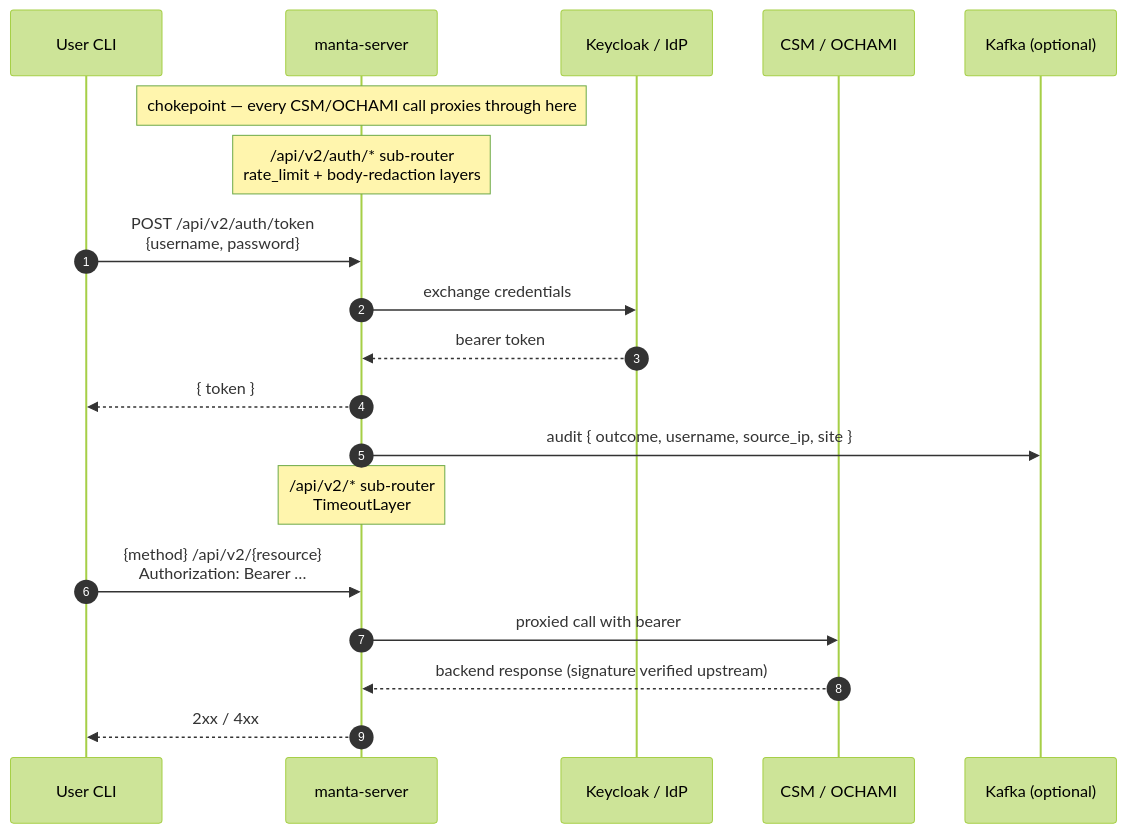
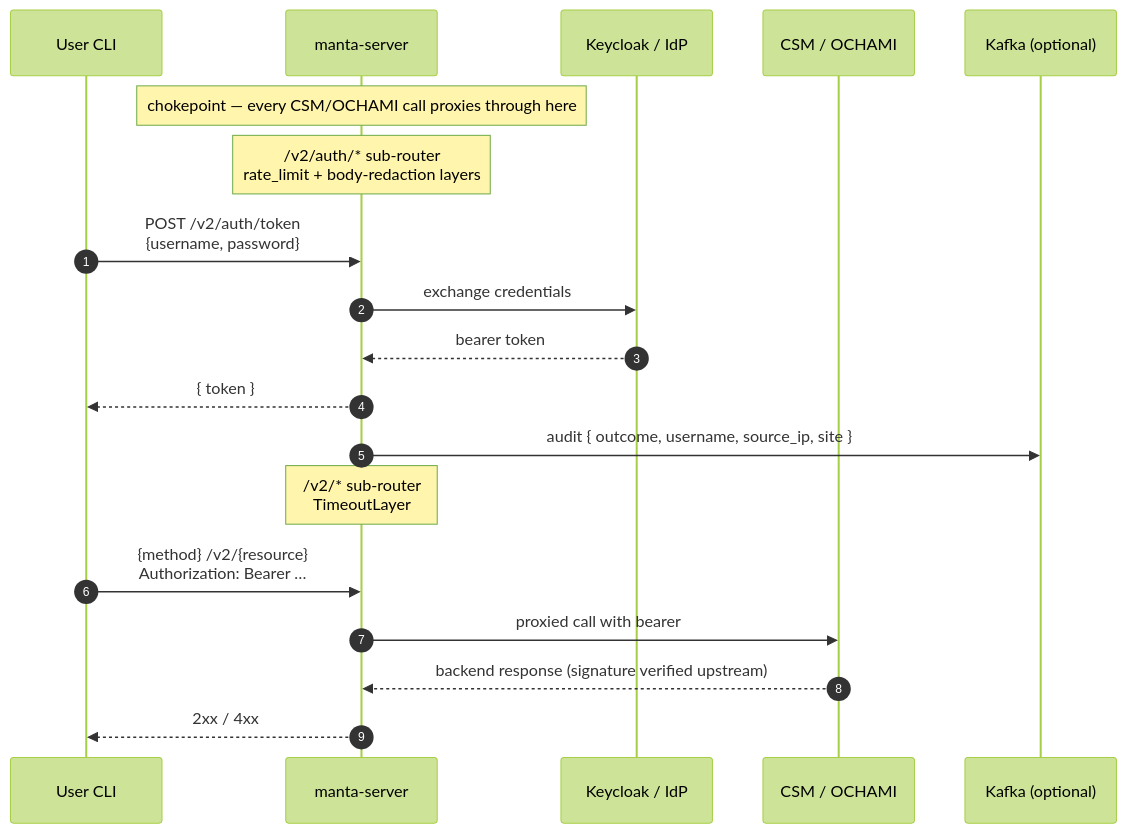
Before and after one commit to eth-cscs/manta: the diagram in SECURITY.md, drawn with Mermaid (forest theme). The commit also changed other lines of this file and 97 other files, not shown here.

````diff
--- a/SECURITY.md
+++ b/SECURITY.md
@@ -68,26 +68,26 @@
 ```mermaid
 sequenceDiagram
     autonumber
     participant CLI as User CLI
     participant MS as manta-server
     participant K as Keycloak / IdP
     participant B as CSM / OCHAMI
     participant Kf as Kafka (optional)
 
     Note over MS: chokepoint — every CSM/OCHAMI call proxies through here
 
-    Note over MS: /api/v2/auth/* sub-router<br/>rate_limit + body-redaction layers
+    Note over MS: /v2/auth/* sub-router<br/>rate_limit + body-redaction layers
 
-    CLI->>MS: POST /api/v2/auth/token<br/>{username, password}
+    CLI->>MS: POST /v2/auth/token<br/>{username, password}
     MS->>K: exchange credentials
     K-->>MS: bearer token
     MS-->>CLI: { token }
     MS->>Kf: audit { outcome, username, source_ip, site }
 
-    Note over MS: /api/v2/* sub-router<br/>TimeoutLayer
+    Note over MS: /v2/* sub-router<br/>TimeoutLayer
 
-    CLI->>MS: {method} /api/v2/{resource}<br/>Authorization: Bearer …
+    CLI->>MS: {method} /v2/{resource}<br/>Authorization: Bearer …
     MS->>B: proxied call with bearer
     B-->>MS: backend response (signature verified upstream)
     MS-->>CLI: 2xx / 4xx
 ```
````
